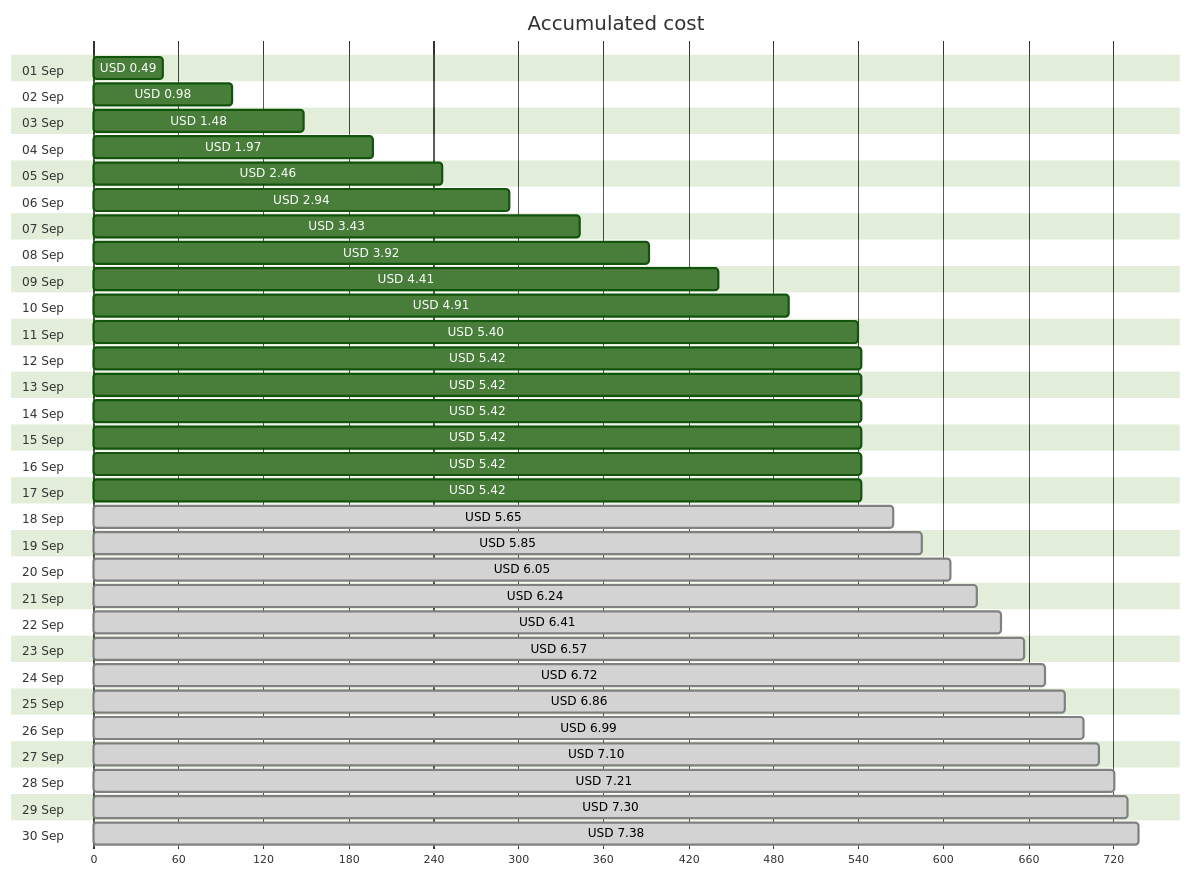
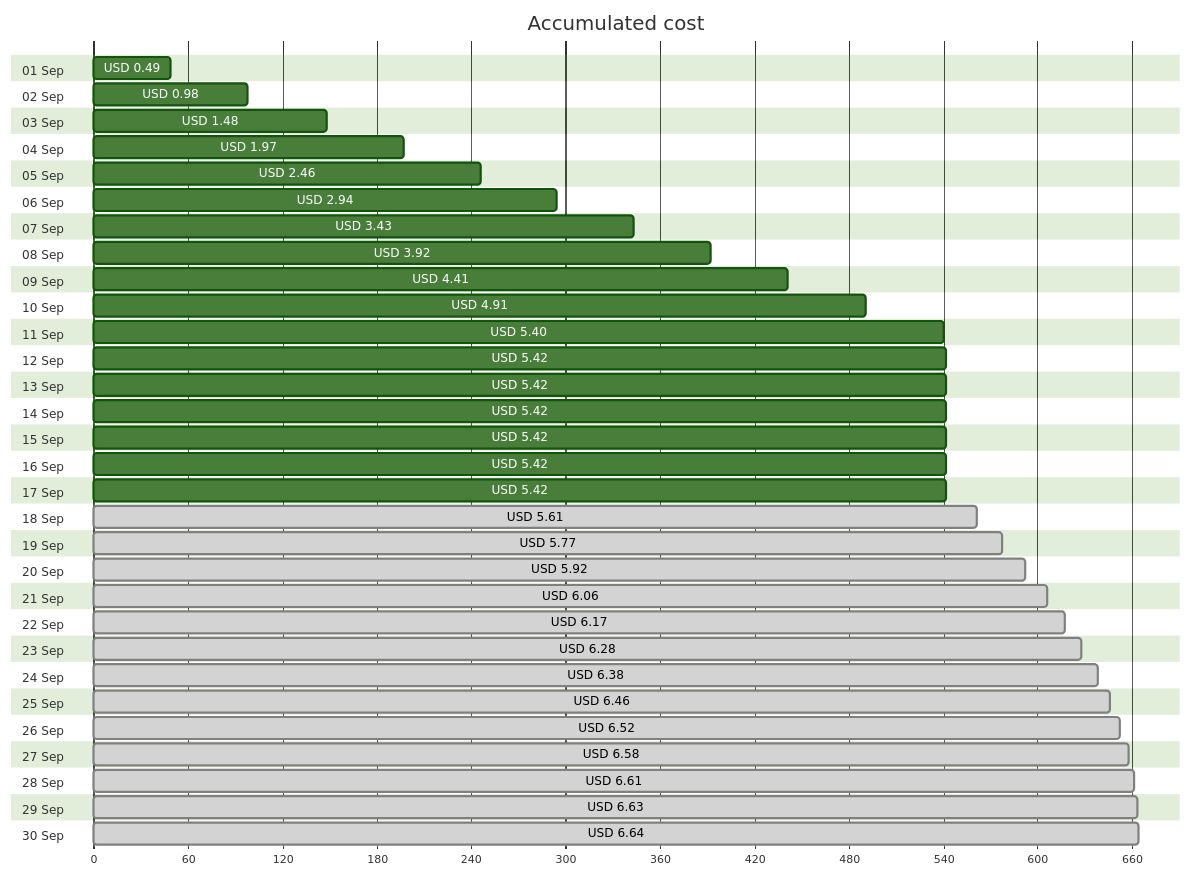
Before and after one commit to jpfulton/azure-personal-reports: the first of 4 diagrams in cost-reports/personal-site/personalsiteapistorage.md, drawn with Mermaid (forest theme). The commit also changed other lines of this file and 7 other files, not shown here.

````diff
--- a/cost-reports/personal-site/personalsiteapistorage.md
+++ b/cost-reports/personal-site/personalsiteapistorage.md
@@ -20,66 +20,66 @@
 ```mermaid
 gantt
    title Accumulated cost
    dateFormat  X
    axisFormat %s
    section 01 Sep
    USD 0.49 :0, 49
    section 02 Sep
    USD 0.98 :0, 98
    section 03 Sep
    USD 1.48 :0, 148
    section 04 Sep
    USD 1.97 :0, 197
    section 05 Sep
    USD 2.46 :0, 246
    section 06 Sep
    USD 2.94 :0, 294
    section 07 Sep
    USD 3.43 :0, 343
    section 08 Sep
    USD 3.92 :0, 392
    section 09 Sep
    USD 4.41 :0, 441
    section 10 Sep
    USD 4.91 :0, 491
    section 11 Sep
    USD 5.40 :0, 540
    section 12 Sep
    USD 5.42 :0, 542
    section 13 Sep
    USD 5.42 :0, 542
    section 14 Sep
    USD 5.42 :0, 542
    section 15 Sep
    USD 5.42 :0, 542
    section 16 Sep
    USD 5.42 :0, 542
    section 17 Sep
    USD 5.42 :0, 542
    section 18 Sep
-   USD 5.65 : done, 0, 565
+   USD 5.61 : done, 0, 561
    section 19 Sep
-   USD 5.85 : done, 0, 585
+   USD 5.77 : done, 0, 577
    section 20 Sep
-   USD 6.05 : done, 0, 605
+   USD 5.92 : done, 0, 592
    section 21 Sep
-   USD 6.24 : done, 0, 624
+   USD 6.06 : done, 0, 606
    section 22 Sep
-   USD 6.41 : done, 0, 641
+   USD 6.17 : done, 0, 617
    section 23 Sep
-   USD 6.57 : done, 0, 657
+   USD 6.28 : done, 0, 628
    section 24 Sep
-   USD 6.72 : done, 0, 672
+   USD 6.38 : done, 0, 638
    section 25 Sep
-   USD 6.86 : done, 0, 686
+   USD 6.46 : done, 0, 646
    section 26 Sep
-   USD 6.99 : done, 0, 699
+   USD 6.52 : done, 0, 652
    section 27 Sep
-   USD 7.10 : done, 0, 710
+   USD 6.58 : done, 0, 658
    section 28 Sep
-   USD 7.21 : done, 0, 721
+   USD 6.61 : done, 0, 661
    section 29 Sep
-   USD 7.30 : done, 0, 730
+   USD 6.63 : done, 0, 663
    section 30 Sep
-   USD 7.38 : done, 0, 738
+   USD 6.64 : done, 0, 664
 ```
````
